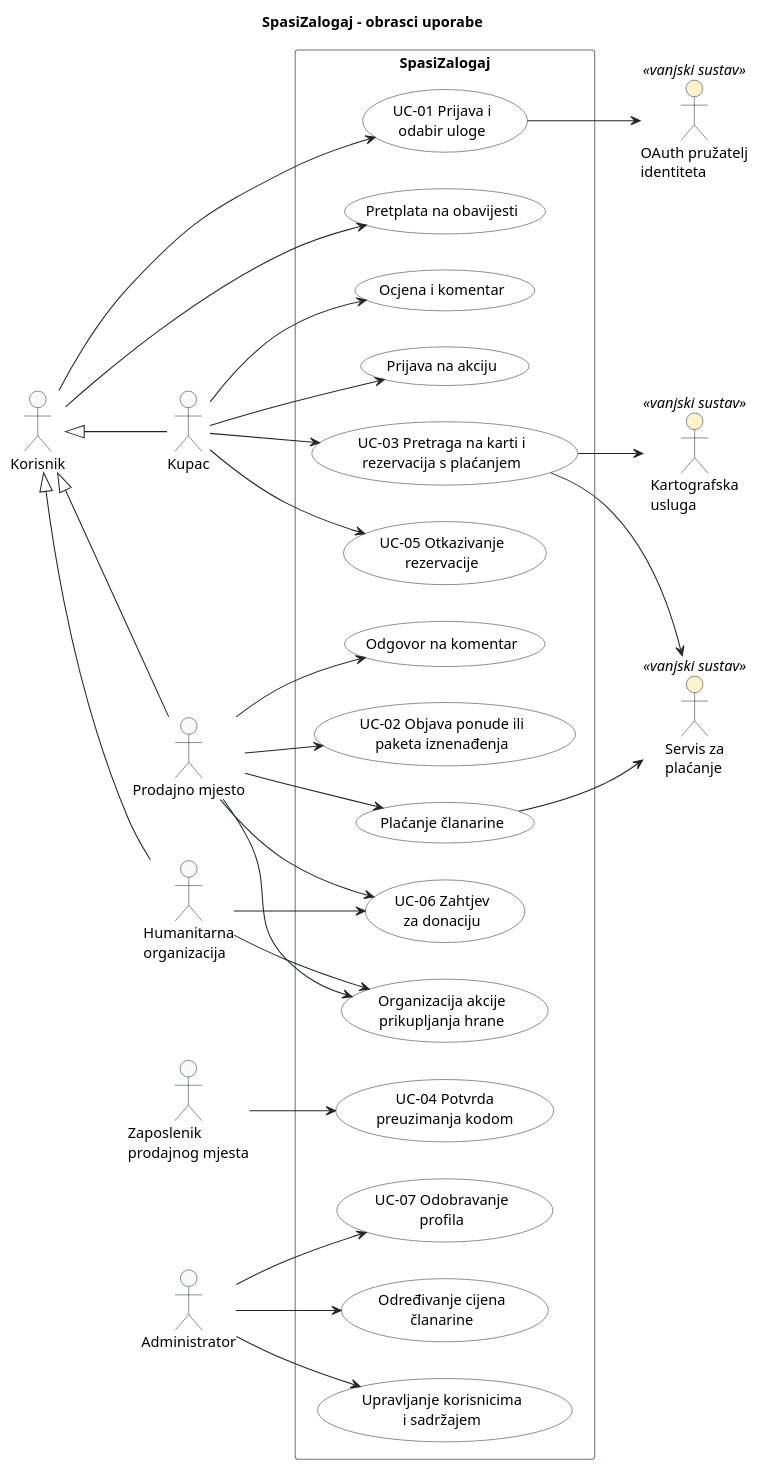
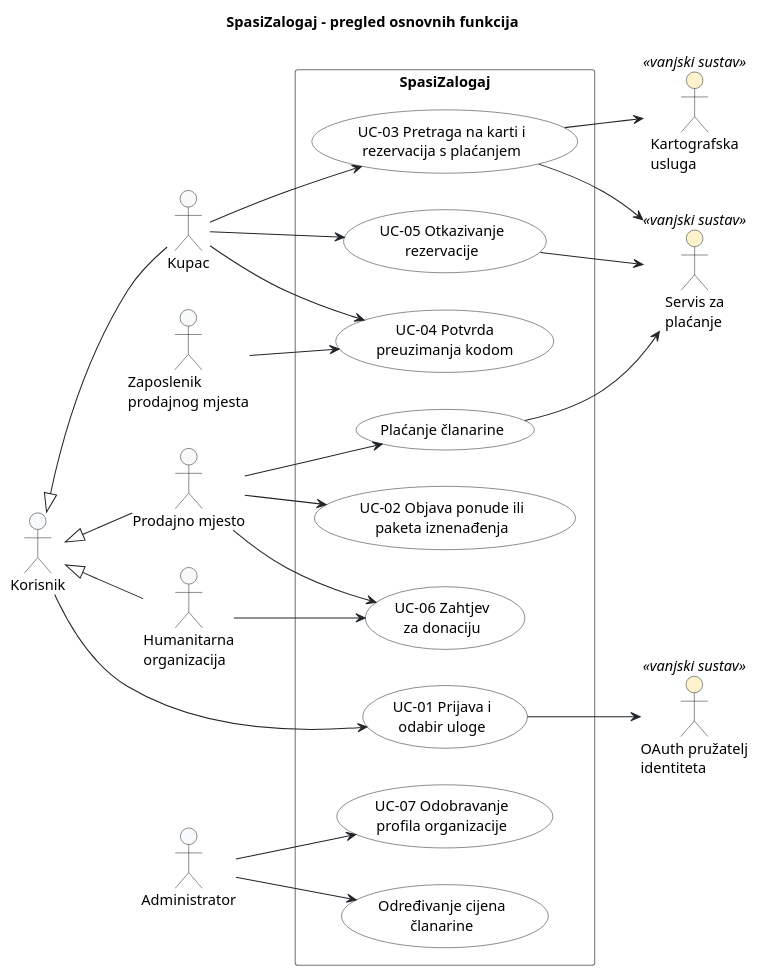
One commit to frenki1004/Menzory changed the diagram in docs/puml/3-1-spasizalogaj-system-UC.puml. Above: the diagram before and after it, drawn with PlantUML. The commit also changed other lines of this file and 3 other files, not shown here.

```diff
--- a/docs/puml/3-1-spasizalogaj-system-UC.puml
+++ b/docs/puml/3-1-spasizalogaj-system-UC.puml
@@ -14,91 +14,88 @@
 @startuml
-title SpasiZalogaj – obrasci uporabe
+title SpasiZalogaj – pregled osnovnih funkcija
 left to right direction
 
 skinparam shadowing false
 skinparam defaultFontName Arial
 skinparam ArrowColor #212529
 skinparam actor {
     BackgroundColor #F8F9FA
     BorderColor #212529
     BackgroundColor<<vanjski sustav>> #FFF3CD
 }
 skinparam usecase {
     BackgroundColor #FFFFFF
     BorderColor #212529
 }
 skinparam rectangle {
     BorderColor #6C757D
 }
 
-' Opći akter: zajednički obrasci uporabe svih registriranih korisnika
+' Opći akter: zajednički osnovni obrazac uporabe svih registriranih korisnika
 actor "Korisnik" as Korisnik
 
-' Primarni akteri, redom kako dijele obrasce uporabe
+' Primarni akteri
 actor "Kupac" as Kupac
 actor "Prodajno mjesto" as Prodavac
 actor "Humanitarna\norganizacija" as Org
 actor "Zaposlenik\nprodajnog mjesta" as Zaposlenik
 actor "Administrator" as Admin
 
 Kupac -up-|> Korisnik
 Prodavac -up-|> Korisnik
 Org -up-|> Korisnik
 
 rectangle "SpasiZalogaj" {
-    ' samo kupac
+    ' Zajedničko
+    usecase "UC-01 Prijava i\nodabir uloge" as UC01
+
+    ' Kupac
     usecase "UC-03 Pretraga na karti i\nrezervacija s plaćanjem" as UC03
     usecase "UC-05 Otkazivanje\nrezervacije" as UC05
-    usecase "Ocjena i komentar" as UCOcj
-    usecase "Prijava na akciju" as UCPrijAkc
-    ' kupac, prodajno mjesto, organizacija
-    usecase "UC-01 Prijava i\nodabir uloge" as UC01
-    usecase "Pretplata na obavijesti" as UCPret
-    ' samo prodajno mjesto
+
+    ' Preuzimanje (Kupac i Zaposlenik)
+    usecase "UC-04 Potvrda\npreuzimanja kodom" as UC04
+
+    ' Prodajno mjesto
+    usecase "Plaćanje članarine" as UCClan
     usecase "UC-02 Objava ponude ili\npaketa iznenađenja" as UC02
-    usecase "Plaćanje članarine" as UCClan
-    usecase "Odgovor na komentar" as UCOdg
-    ' prodajno mjesto i organizacija
+
+    ' Donacije (Humanitarna organizacija i Prodajno mjesto)
     usecase "UC-06 Zahtjev\nza donaciju" as UC06
-    usecase "Organizacija akcije\nprikupljanja hrane" as UCAkc
-    ' zaposlenik
-    usecase "UC-04 Potvrda\npreuzimanja kodom" as UC04
-    ' administrator
-    usecase "UC-07 Odobravanje\nprofila" as UC07
+
+    ' Administrator
+    usecase "UC-07 Odobravanje\nprofila organizacije" as UC07
     usecase "Određivanje cijena\nčlanarine" as UCCij
-    usecase "Upravljanje korisnicima\ni sadržajem" as UCUpr
 }
 
 ' Vanjski sustavi (sekundarni akteri)
-actor "Kartografska\nusluga" as Karta <<vanjski sustav>>
 actor "OAuth pružatelj\nidentiteta" as OAuth <<vanjski sustav>>
 actor "Servis za\nplaćanje" as Placanje <<vanjski sustav>>
+actor "Kartografska\nusluga" as Karta <<vanjski sustav>>
 
+' Povezivanje aktera i obrazaca uporabe
 Korisnik --> UC01
-Korisnik --> UCPret
 
 Kupac --> UC03
+Kupac --> UC04
 Kupac --> UC05
-Kupac --> UCOcj
-Kupac --> UCPrijAkc
 
+Prodavac --> UCClan
 Prodavac --> UC02
-Prodavac --> UCClan
-Prodavac --> UCOdg
 Prodavac --> UC06
-Prodavac --> UCAkc
-
-Org --> UC06
-Org --> UCAkc
 
 Zaposlenik --> UC04
 
+Org --> UC06
+
 Admin --> UC07
 Admin --> UCCij
-Admin --> UCUpr
 
+' Povezivanje s vanjskim servisima
+UC01 --> OAuth
 UC03 --> Karta
 UC03 --> Placanje
-UC01 --> OAuth
+UC05 --> Placanje
 UCClan --> Placanje
+
 @enduml
```
